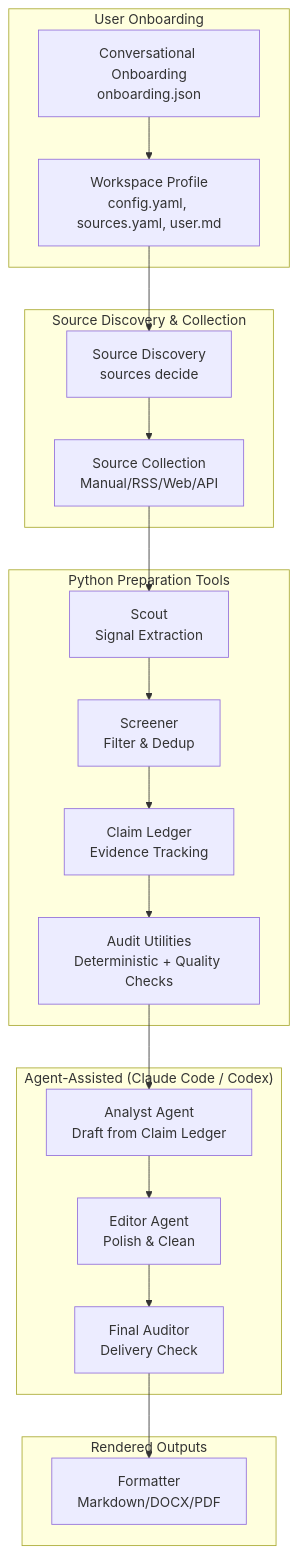
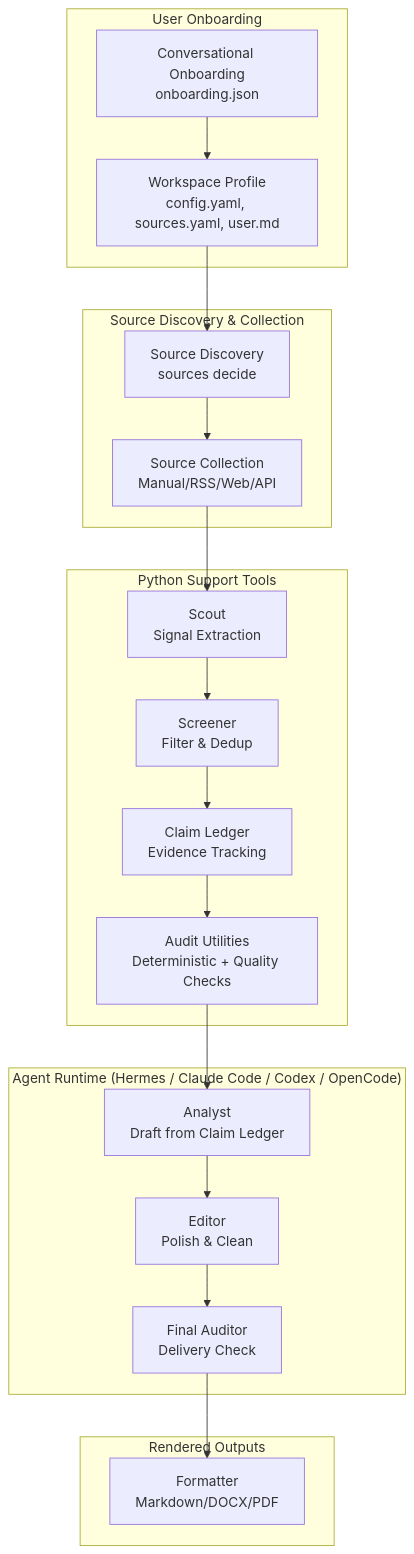
One commit to Stahl-G/briefloop changed the diagram in README_en.md. Above: the diagram before and after it, drawn with Mermaid. The commit also changed other lines of this file and 2 other files, not shown here.

First line of the commit message:
docs: rewrite English README to match multi-runtime onboard→init→run path

````diff
--- a/README_en.md
+++ b/README_en.md
@@ -62,28 +62,28 @@
 ```mermaid
 flowchart TB
   subgraph "User Onboarding"
     A["Conversational Onboarding<br/>onboarding.json"] --> B["Workspace Profile<br/>config.yaml, sources.yaml, user.md"]
   end
 
   subgraph "Source Discovery & Collection"
     B --> C["Source Discovery<br/>sources decide"]
     C --> D["Source Collection<br/>Manual/RSS/Web/API"]
   end
 
-  subgraph "Python Preparation Tools"
+  subgraph "Python Support Tools"
     D --> E["Scout<br/>Signal Extraction"]
     E --> F["Screener<br/>Filter & Dedup"]
     F --> G["Claim Ledger<br/>Evidence Tracking"]
     G --> H["Audit Utilities<br/>Deterministic + Quality Checks"]
   end
 
-  subgraph "Agent-Assisted (Claude Code / Codex)"
-    H --> I["Analyst Agent<br/>Draft from Claim Ledger"]
-    I --> J["Editor Agent<br/>Polish & Clean"]
+  subgraph "Agent Runtime (Hermes / Claude Code / Codex / OpenCode)"
+    H --> I["Analyst<br/>Draft from Claim Ledger"]
+    I --> J["Editor<br/>Polish & Clean"]
     J --> K["Final Auditor<br/>Delivery Check"]
   end
 
   subgraph "Rendered Outputs"
     K --> L["Formatter<br/>Markdown/DOCX/PDF"]
   end
 ```
````
